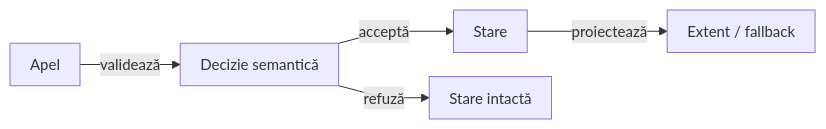
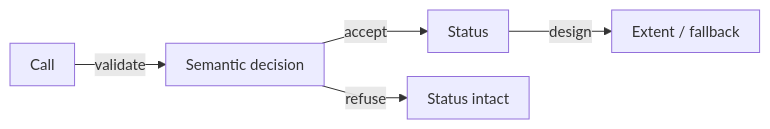
Before and after one commit to crististefanita/atf_j0: diagram 12 of 18 in atf-reporting/README.md, drawn with Mermaid. The commit also changed other lines of this file and 113 other files, not shown here.

````diff
--- a/atf-reporting/README.md
+++ b/atf-reporting/README.md
@@ -1835,8 +1430,8 @@
 ```mermaid
 %%{init: {"themeVariables":{"fontSize":"15px"},"themeCSS":".nodeLabel, .nodeLabel p { font-size: 15px !important; line-height: 1.35 !important; } .edgeLabel, .edgeLabel p { font-size: 12px !important; font-weight: 400 !important; line-height: 1.2 !important; } .edgeLabel .labelBkg, .edgeLabel p { background: transparent !important; } .edgeLabel foreignObject { transform: translateY(-18px); overflow: visible; } .node rect { rx: 6px; ry: 6px; }","flowchart":{"curve":"linear","nodeSpacing":24,"rankSpacing":40,"padding":10,"diagramPadding":16}}}%%
 flowchart LR
-    Caller["Apel"] -->|validează| Decision["Decizie semantică"]
-    Decision -->|acceptă| State["Stare"]
-    State -->|proiectează| Renderer["Extent / fallback"]
-    Decision -->|refuză| Intact["Stare intactă"]
+    Caller["Call"] -->|validate| Decision["Semantic decision"]
+    Decision -->|accept| State["Status"]
+    State -->|design| Renderer["Extent / fallback"]
+    Decision -->|refuse| Intact["Status intact"]
 ```
````
